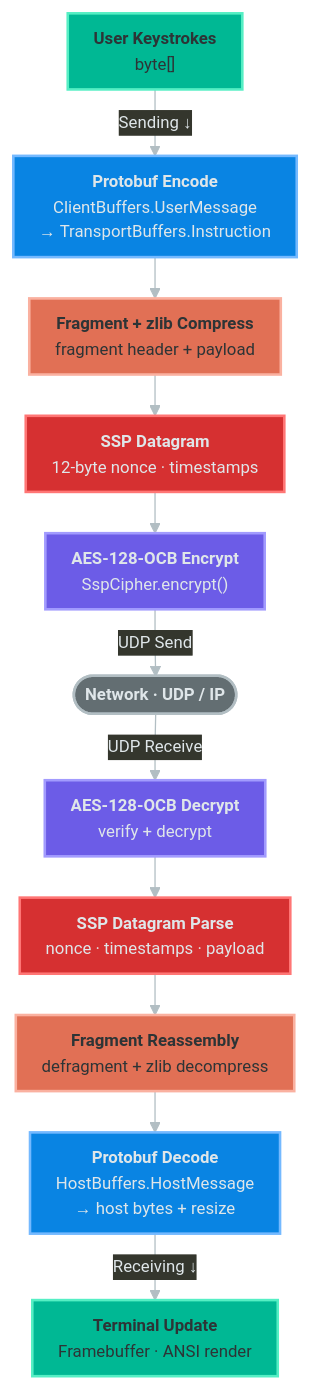
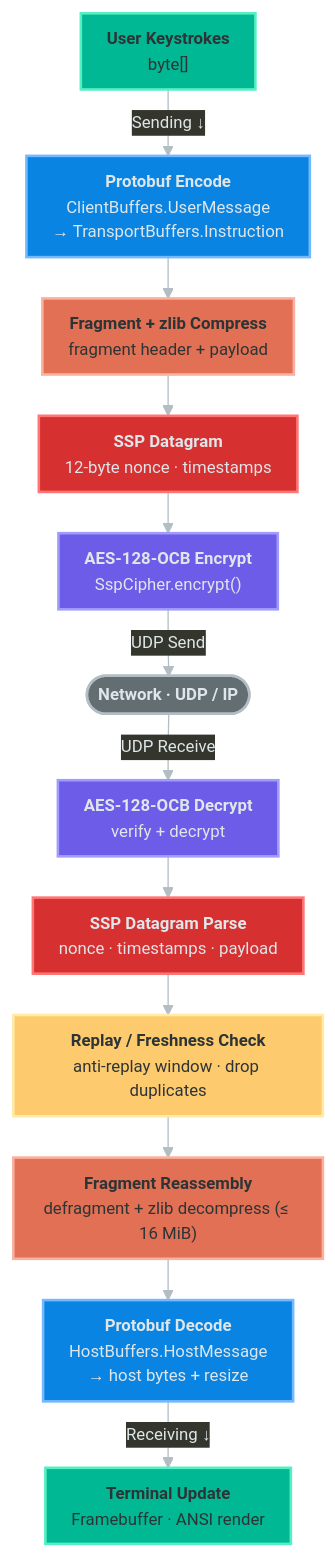
The diagram in docs/diagrams/mosh4j-protocol-stack.mmd (chardonnay/mosh4j), drawn with Mermaid before and after one commit. The commit also changed 28 other files, not shown here.

```diff
--- a/docs/diagrams/mosh4j-protocol-stack.mmd
+++ b/docs/diagrams/mosh4j-protocol-stack.mmd
@@ -1,46 +1,48 @@
 %%{init: {
   "theme": "base",
   "themeVariables": {
     "primaryColor": "#2d3436",
     "primaryTextColor": "#dfe6e9",
     "primaryBorderColor": "#636e72",
     "lineColor": "#b2bec3",
     "fontFamily": "Menlo, Consolas, monospace",
     "fontSize": "13px"
   },
   "flowchart": {
     "nodeSpacing": 16,
     "rankSpacing": 32,
     "curve": "linear",
     "padding": 10
   }
 }}%%
 
 graph TD
     classDef appLayer   fill:#00b894,stroke:#55efc4,color:#2d3436,stroke-width:2px
     classDef protoLayer fill:#0984e3,stroke:#74b9ff,color:#dfe6e9,stroke-width:2px
     classDef fragLayer  fill:#e17055,stroke:#fab1a0,color:#2d3436,stroke-width:2px
     classDef sspLayer   fill:#d63031,stroke:#ff7675,color:#dfe6e9,stroke-width:2px
     classDef cryptLayer fill:#6c5ce7,stroke:#a29bfe,color:#dfe6e9,stroke-width:2px
     classDef netLayer   fill:#636e72,stroke:#b2bec3,color:#dfe6e9,stroke-width:2px
+    classDef secLayer   fill:#fdcb6e,stroke:#ffeaa7,color:#2d3436,stroke-width:2px
 
     S1["<b>User Keystrokes</b><br/>byte[]"]:::appLayer
     S2["<b>Protobuf Encode</b><br/>ClientBuffers.UserMessage<br/>→ TransportBuffers.Instruction"]:::protoLayer
     S3["<b>Fragment + zlib Compress</b><br/>fragment header + payload"]:::fragLayer
     S4["<b>SSP Datagram</b><br/>12-byte nonce · timestamps"]:::sspLayer
     S5["<b>AES-128-OCB Encrypt</b><br/>SspCipher.encrypt()"]:::cryptLayer
 
     NET(["<b>Network  ·  UDP / IP</b>"]):::netLayer
 
     R5["<b>AES-128-OCB Decrypt</b><br/>verify + decrypt"]:::cryptLayer
     R4["<b>SSP Datagram Parse</b><br/>nonce · timestamps · payload"]:::sspLayer
-    R3["<b>Fragment Reassembly</b><br/>defragment + zlib decompress"]:::fragLayer
+    RX["<b>Replay / Freshness Check</b><br/>anti-replay window · drop duplicates"]:::secLayer
+    R3["<b>Fragment Reassembly</b><br/>defragment + zlib decompress (≤ 16 MiB)"]:::fragLayer
     R2["<b>Protobuf Decode</b><br/>HostBuffers.HostMessage<br/>→ host bytes + resize"]:::protoLayer
     R1["<b>Terminal Update</b><br/>Framebuffer · ANSI render"]:::appLayer
 
     S1 -->|"Sending  ↓"| S2
     S2 --> S3 --> S4 --> S5
     S5 -->|"UDP Send"| NET
     NET -->|"UDP Receive"| R5
-    R5 --> R4 --> R3 --> R2
+    R5 --> R4 --> RX --> R3 --> R2
     R2 -->|"Receiving  ↓"| R1
```
